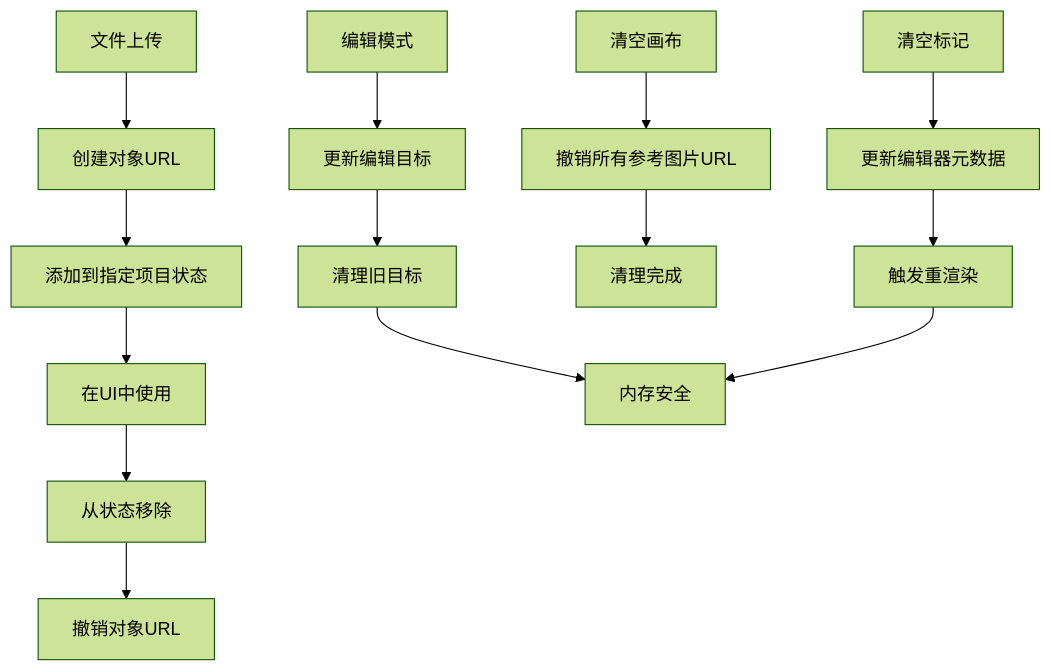
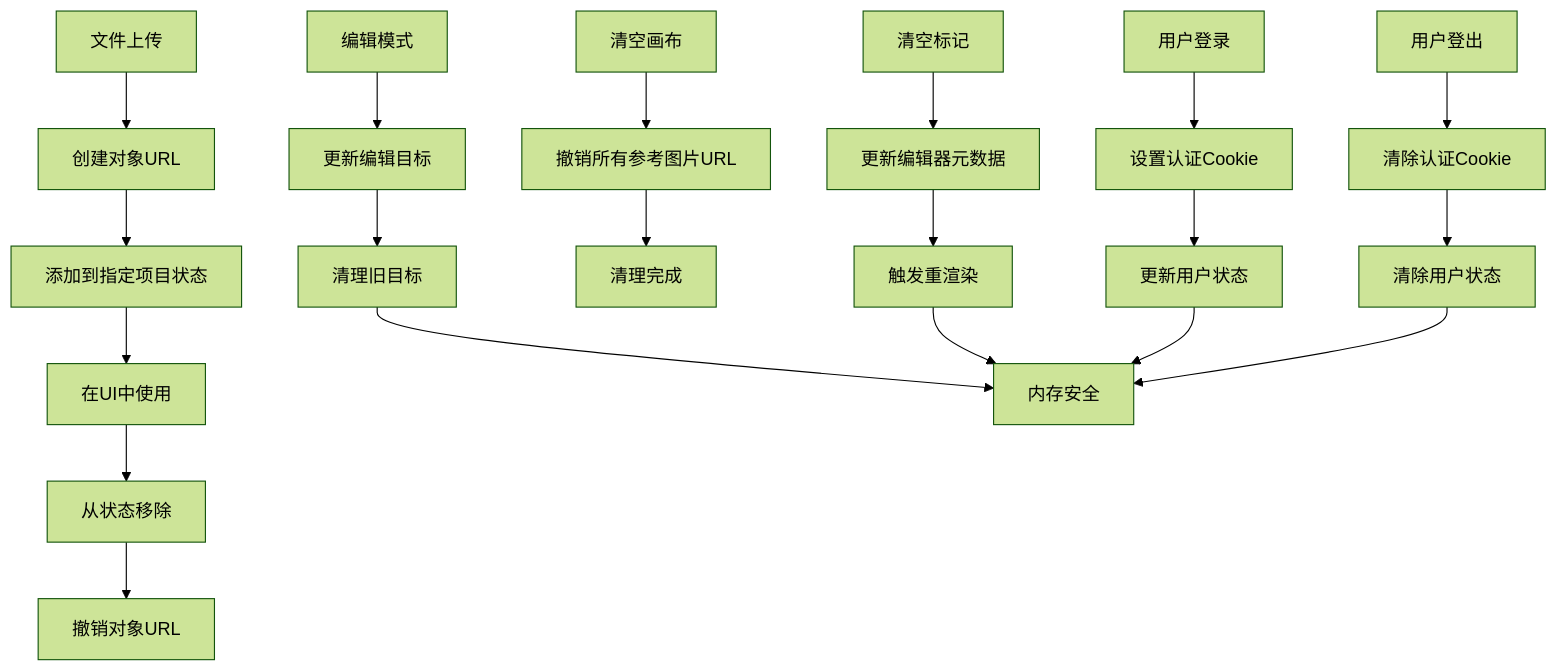
Before and after one commit to billye220670/BananaFlow2: diagram 20 of 21 in .qoder/repowiki/zh/content/状态管理系统.md, drawn with Mermaid (forest theme). The commit also changed other lines of this file and 6 other files, not shown here.

````diff
--- a/.qoder/repowiki/zh/content/状态管理系统.md
+++ b/.qoder/repowiki/zh/content/状态管理系统.md
@@ -636,16 +779,22 @@
 ```mermaid
 flowchart TD
 Upload[文件上传] --> CreateURL[创建对象URL]
 CreateURL --> AddToStore[添加到指定项目状态]
 AddToStore --> UseInUI[在UI中使用]
 UseInUI --> RemoveFromStore[从状态移除]
 RemoveFromStore --> RevokeURL[撤销对象URL]
 EditMode[编辑模式] --> UpdateTarget[更新编辑目标]
 UpdateTarget --> CleanupTarget[清理旧目标]
 CleanupTarget --> MemorySafe[内存安全]
 CanvasClear[清空画布] --> RevokeAllRefs[撤销所有参考图片URL]
 RevokeAllRefs --> CleanupComplete[清理完成]
 MarkerClear[清空标记] --> UpdateEditorMeta[更新编辑器元数据]
 UpdateEditorMeta --> TriggerRender[触发重渲染]
 TriggerRender --> MemorySafe
+UserLogin[用户登录] --> SetCookie[设置认证Cookie]
+SetCookie --> UpdateUserState[更新用户状态]
+UpdateUserState --> MemorySafe
+UserLogout[用户登出] --> ClearCookie[清除认证Cookie]
+ClearCookie --> ClearUserState[清除用户状态]
+ClearUserState --> MemorySafe
 ```
````
